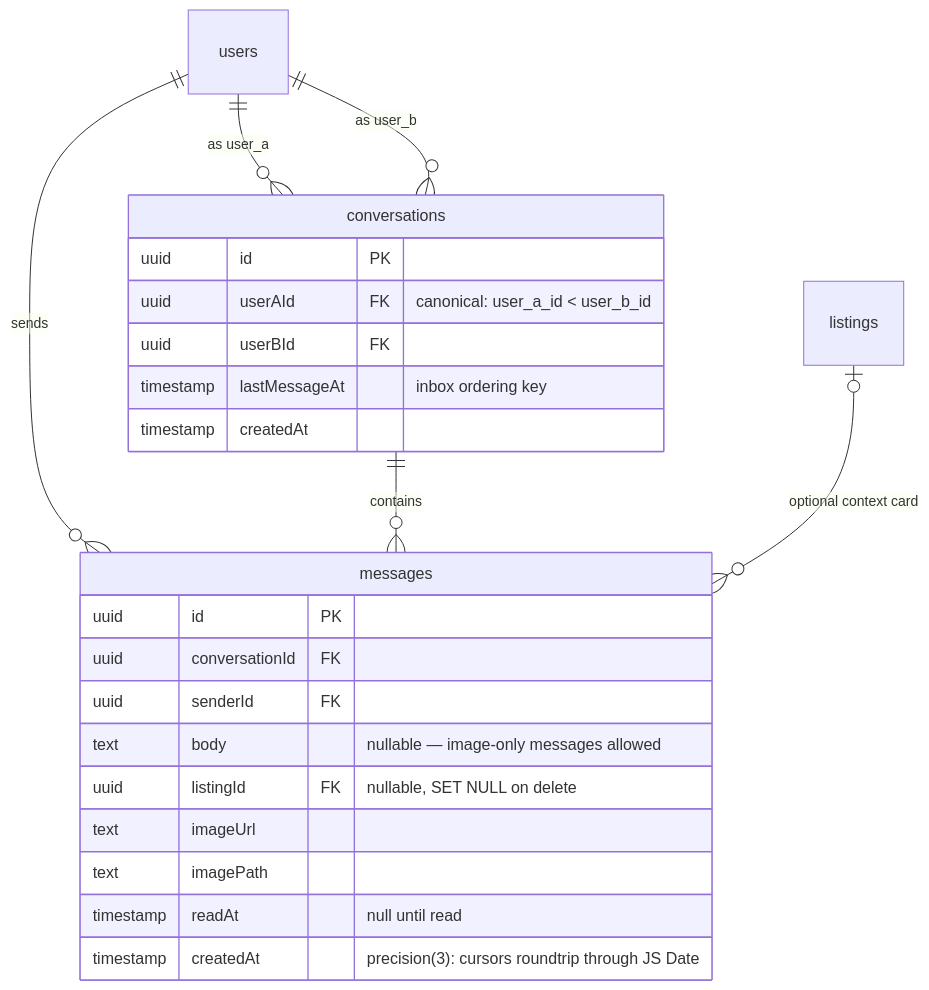
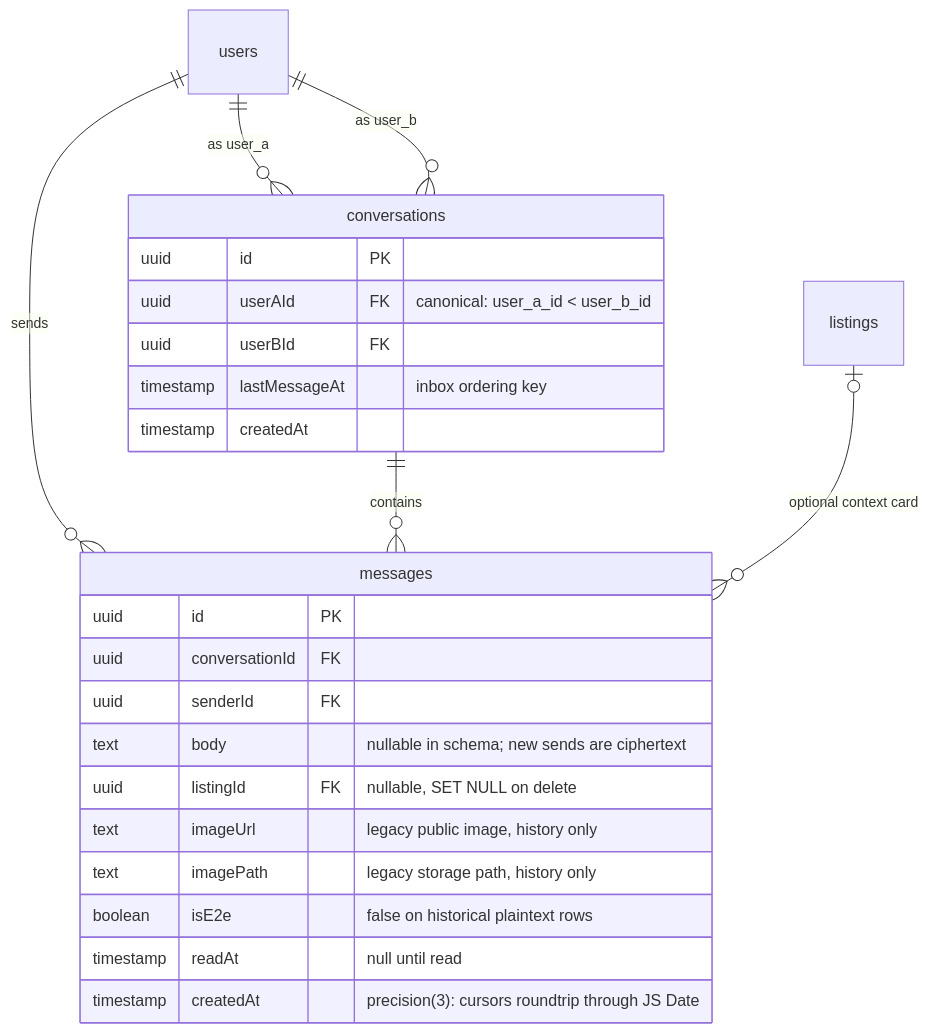
One commit to SovannrothEang/e-phsar-khmer changed the first of 3 diagrams in apps/backend/src/chat/README.md. Above: the diagram before and after it, drawn with Mermaid. The commit also changed other lines of this file and 27 other files, not shown here.

First line of the commit message:
feat(chat): encrypted-only messages, rich encrypted content, voice notes

````diff
--- a/apps/backend/src/chat/README.md
+++ b/apps/backend/src/chat/README.md
@@ -42,27 +42,28 @@
 ```mermaid
 erDiagram
     users ||--o{ conversations : "as user_a"
     users ||--o{ conversations : "as user_b"
     users ||--o{ messages : "sends"
     conversations ||--o{ messages : "contains"
     listings |o--o{ messages : "optional context card"
 
     conversations {
         uuid id PK
         uuid userAId FK "canonical: user_a_id < user_b_id"
         uuid userBId FK
         timestamp lastMessageAt "inbox ordering key"
         timestamp createdAt
     }
     messages {
         uuid id PK
         uuid conversationId FK
         uuid senderId FK
-        text body "nullable — image-only messages allowed"
+        text body "nullable in schema; new sends are ciphertext"
         uuid listingId FK "nullable, SET NULL on delete"
-        text imageUrl
-        text imagePath
+        text imageUrl "legacy public image, history only"
+        text imagePath "legacy storage path, history only"
+        boolean isE2e "false on historical plaintext rows"
         timestamp readAt "null until read"
         timestamp createdAt "precision(3): cursors roundtrip through JS Date"
     }
 ```
````
